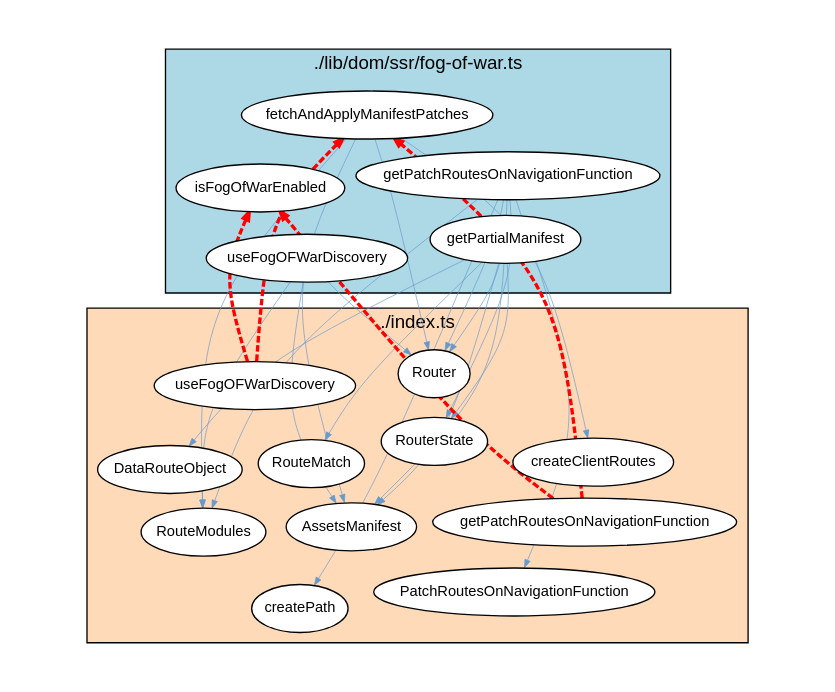
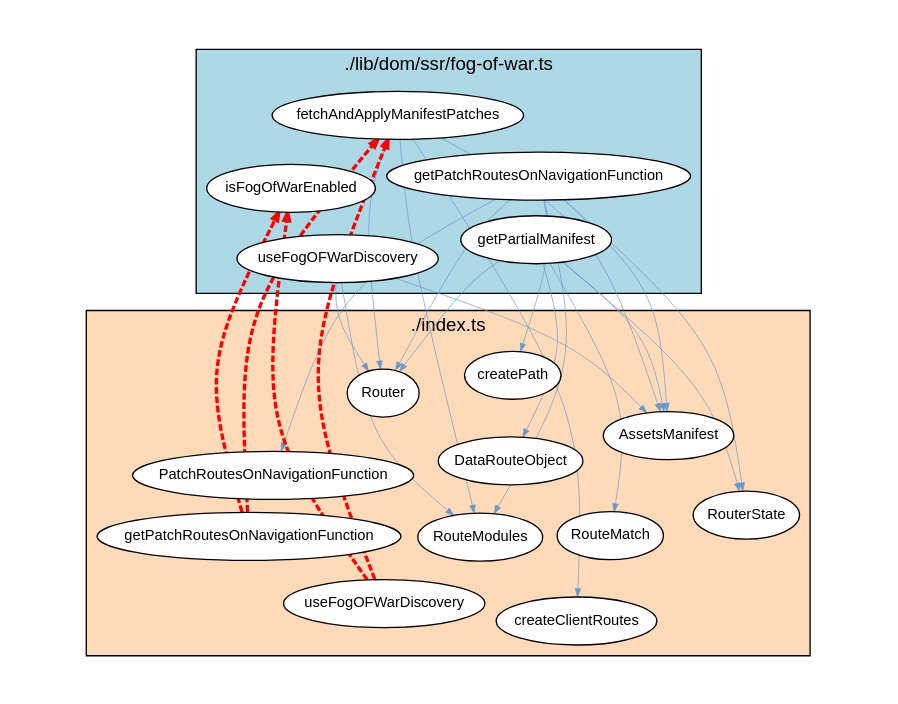
The diagram in analysis-results/react-router/latest/cyclic-dependencies/Typescript_Module/Graph_Visualizations/graphviz/TypescriptModuleCyclicDependencies5.gv (JohT/code-graph-analysis-examples), drawn with Graphviz before and after one commit. The commit also changed other lines of this file and 345 other files, not shown here.

```diff
--- a/analysis-results/react-router/latest/cyclic-dependencies/Typescript_Module/Graph_Visualizations/graphviz/TypescriptModuleCyclicDependencies5.gv
+++ b/analysis-results/react-router/latest/cyclic-dependencies/Typescript_Module/Graph_Visualizations/graphviz/TypescriptModuleCyclicDependencies5.gv
@@ -1,58 +1,58 @@
 strict digraph cycle {
     graph [layout = "fdp"; start = "7"; splines = "curved"; pad = "0.8,0.4"; outputorder = "edgesfirst";];
     graph [fontname = "Helvetica,Arial,sans-serif"; labelloc = "t";];
     node [fontname = "Helvetica,Arial,sans-serif"; style = "filled"; fillcolor = "white";];
     node [fontsize = 11; margin = "0.05,0.05";];
     edge [fontsize = 9; arrowsize = "0.6";];
 
     subgraph cluster_package {
         label="./lib/dom/ssr/fog-of-war.ts";
         style="filled";
         fillcolor="lightblue";
         "fetchAndApplyManifestPatches";
         "getPartialManifest";
         "useFogOFWarDiscovery_pkg" [label="useFogOFWarDiscovery"];
         "getPatchRoutesOnNavigationFunction_pkg" [label="getPatchRoutesOnNavigationFunction"];
         "isFogOfWarEnabled";
     }
 
     subgraph cluster_dependent {
         label="./index.ts";
         style="filled";
         fillcolor="peachpuff";
+        "RouterState";
         "AssetsManifest";
-        "RouterState";
         "PatchRoutesOnNavigationFunction";
         "DataRouteObject";
+        "getPatchRoutesOnNavigationFunction_dep" [label="getPatchRoutesOnNavigationFunction"];
         "useFogOFWarDiscovery_dep" [label="useFogOFWarDiscovery"];
-        "getPatchRoutesOnNavigationFunction_dep" [label="getPatchRoutesOnNavigationFunction"];
         "RouteModules";
         "Router";
         "RouteMatch";
         "createPath";
         "createClientRoutes";
     }
 
     "fetchAndApplyManifestPatches" -> "Router" [color="#6699CC"; penwidth="0.5"];
     "getPatchRoutesOnNavigationFunction_pkg" -> "Router" [color="#6699CC"; penwidth="0.5"];
+    "getPatchRoutesOnNavigationFunction_pkg" -> "AssetsManifest" [color="#6699CC"; penwidth="0.5"];
     "fetchAndApplyManifestPatches" -> "AssetsManifest" [color="#6699CC"; penwidth="0.5"];
-    "getPatchRoutesOnNavigationFunction_pkg" -> "AssetsManifest" [color="#6699CC"; penwidth="0.5"];
     "getPatchRoutesOnNavigationFunction_pkg" -> "RouteModules" [color="#6699CC"; penwidth="0.5"];
+    "fetchAndApplyManifestPatches" -> "createClientRoutes" [color="#6699CC"; penwidth="0.5"];
     "fetchAndApplyManifestPatches" -> "RouteModules" [color="#6699CC"; penwidth="0.5"];
-    "fetchAndApplyManifestPatches" -> "createClientRoutes" [color="#6699CC"; penwidth="0.5"];
     "getPartialManifest" -> "Router" [color="#6699CC"; penwidth="0.5"];
     "getPatchRoutesOnNavigationFunction_pkg" -> "createPath" [color="#6699CC"; penwidth="0.5"];
+    "getPatchRoutesOnNavigationFunction_pkg" -> "RouterState" [color="#6699CC"; penwidth="0.5"];
+    "getPartialManifest" -> "RouterState" [color="#6699CC"; penwidth="0.5"];
     "getPartialManifest" -> "AssetsManifest" [color="#6699CC"; penwidth="0.5"];
     "useFogOFWarDiscovery_pkg" -> "RouteModules" [color="#6699CC"; penwidth="0.5"];
-    "getPatchRoutesOnNavigationFunction_pkg" -> "RouterState" [color="#6699CC"; penwidth="0.5"];
-    "getPartialManifest" -> "RouterState" [color="#6699CC"; penwidth="0.5"];
     "getPatchRoutesOnNavigationFunction_pkg" -> "PatchRoutesOnNavigationFunction" [color="#6699CC"; penwidth="0.5"];
+    "useFogOFWarDiscovery_pkg" -> "AssetsManifest" [color="#6699CC"; penwidth="0.5"];
     "getPartialManifest" -> "RouteMatch" [color="#6699CC"; penwidth="0.5"];
-    "useFogOFWarDiscovery_pkg" -> "AssetsManifest" [color="#6699CC"; penwidth="0.5"];
     "useFogOFWarDiscovery_pkg" -> "Router" [color="#6699CC"; penwidth="0.5"];
     "getPartialManifest" -> "DataRouteObject" [color="#6699CC"; penwidth="0.5"];
     "getPatchRoutesOnNavigationFunction_dep" -> "isFogOfWarEnabled" [color="red"; penwidth="2.5"; style="dashed";];
     "useFogOFWarDiscovery_dep" -> "fetchAndApplyManifestPatches" [color="red"; penwidth="2.5"; style="dashed";];
     "useFogOFWarDiscovery_dep" -> "isFogOfWarEnabled" [color="red"; penwidth="2.5"; style="dashed";];
     "getPatchRoutesOnNavigationFunction_dep" -> "fetchAndApplyManifestPatches" [color="red"; penwidth="2.5"; style="dashed";];
 }
```
